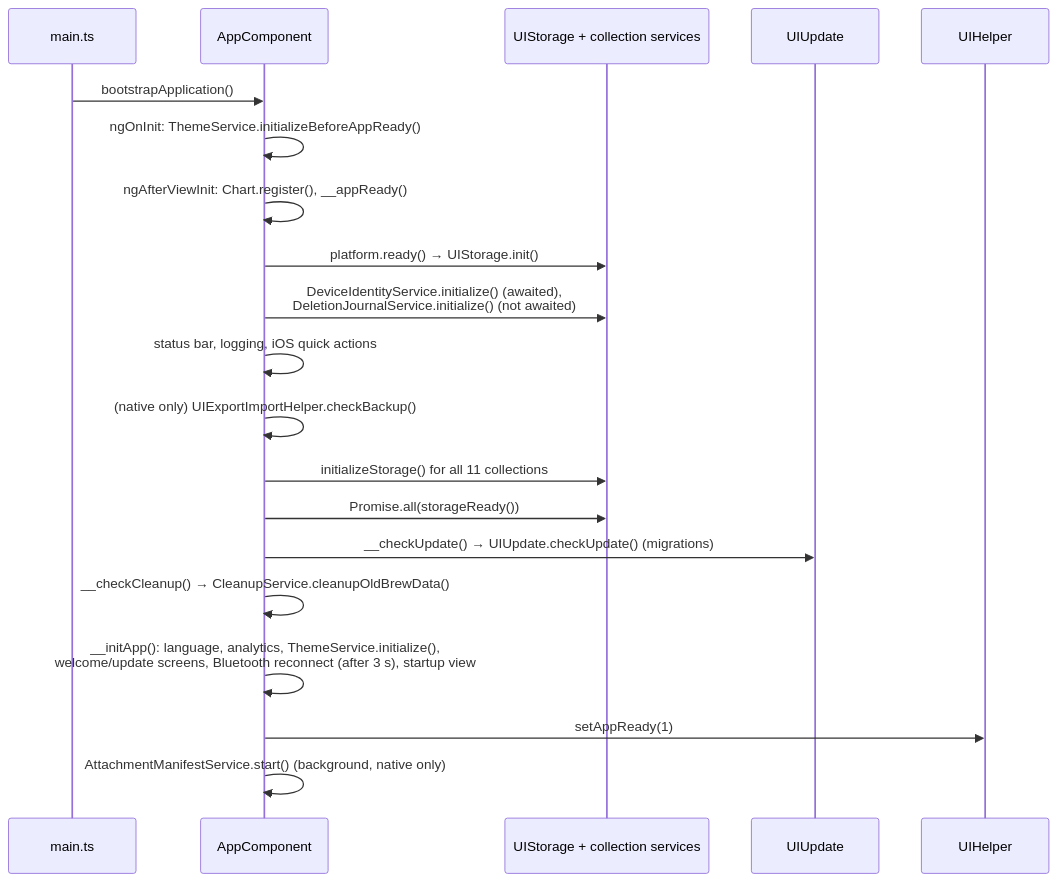
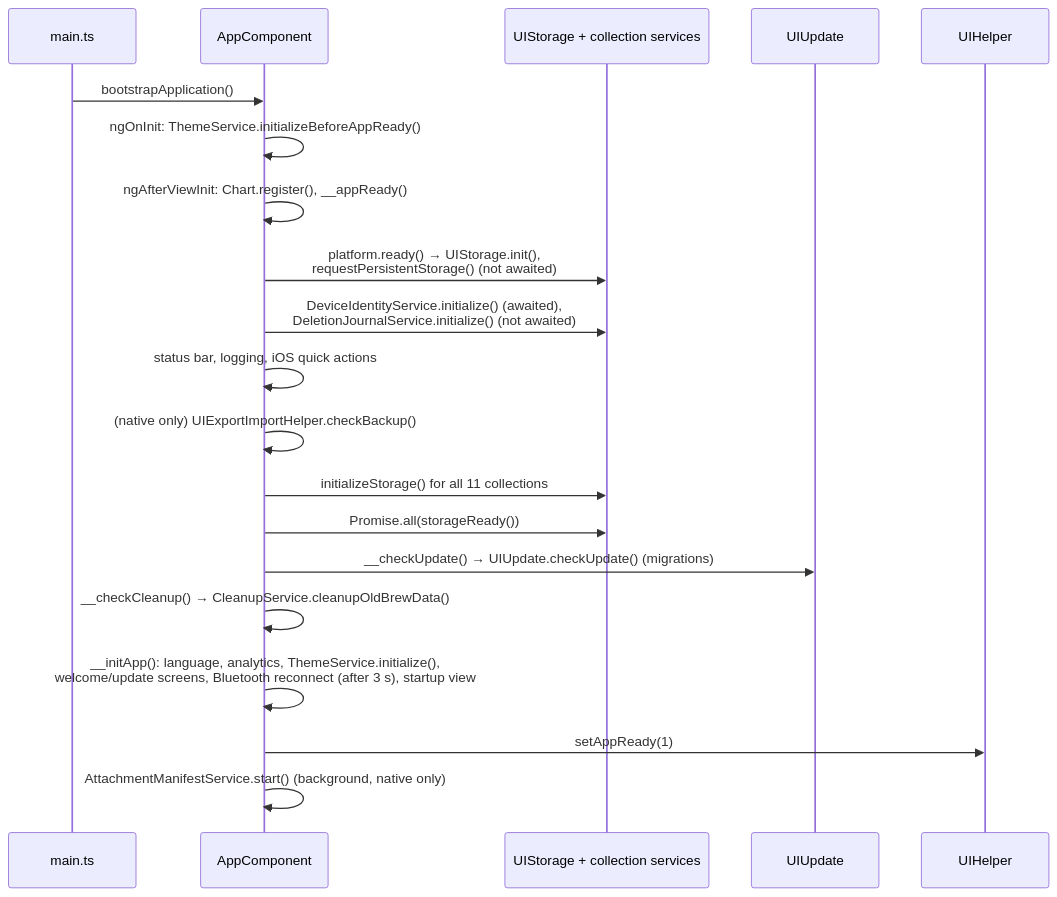
The first of 3 diagrams in docs/ARCHITECTURE.md (graphefruit/Beanconqueror), drawn with Mermaid before and after one commit. The commit also changed other lines of this file and 1 other file, not shown here.

Commit message:
Describe what a database that could not be read leaves untouched

````diff
--- a/docs/ARCHITECTURE.md
+++ b/docs/ARCHITECTURE.md
@@ -40,23 +40,23 @@
 ```mermaid
 sequenceDiagram
     participant Main as main.ts
     participant App as AppComponent
     participant Storage as UIStorage + collection services
     participant Update as UIUpdate
     participant Helper as UIHelper
 
     Main->>App: bootstrapApplication()
     App->>App: ngOnInit: ThemeService.initializeBeforeAppReady()
     App->>App: ngAfterViewInit: Chart.register(), __appReady()
-    App->>Storage: platform.ready() → UIStorage.init()
+    App->>Storage: platform.ready() → UIStorage.init(),<br/>requestPersistentStorage() (not awaited)
     App->>Storage: DeviceIdentityService.initialize() (awaited),<br/>DeletionJournalService.initialize() (not awaited)
     App->>App: status bar, logging, iOS quick actions
     App->>App: (native only) UIExportImportHelper.checkBackup()
     App->>Storage: initializeStorage() for all 11 collections
     App->>Storage: Promise.all(storageReady())
     App->>Update: __checkUpdate() → UIUpdate.checkUpdate() (migrations)
     App->>App: __checkCleanup() → CleanupService.cleanupOldBrewData()
     App->>App: __initApp(): language, analytics, ThemeService.initialize(),<br/>welcome/update screens, Bluetooth reconnect (after 3 s), startup view
     App->>Helper: setAppReady(1)
     App->>App: AttachmentManifestService.start() (background, native only)
 ```
````
